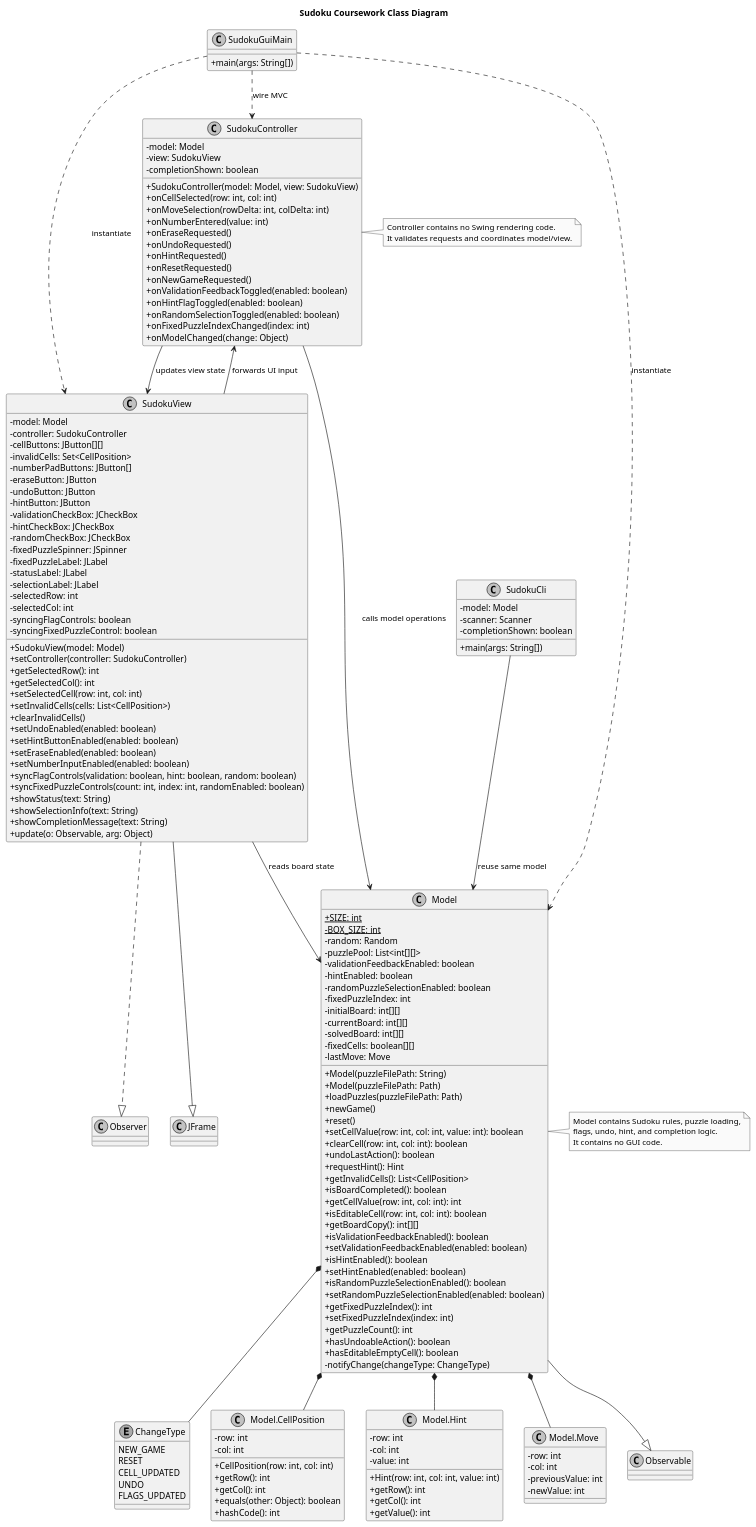
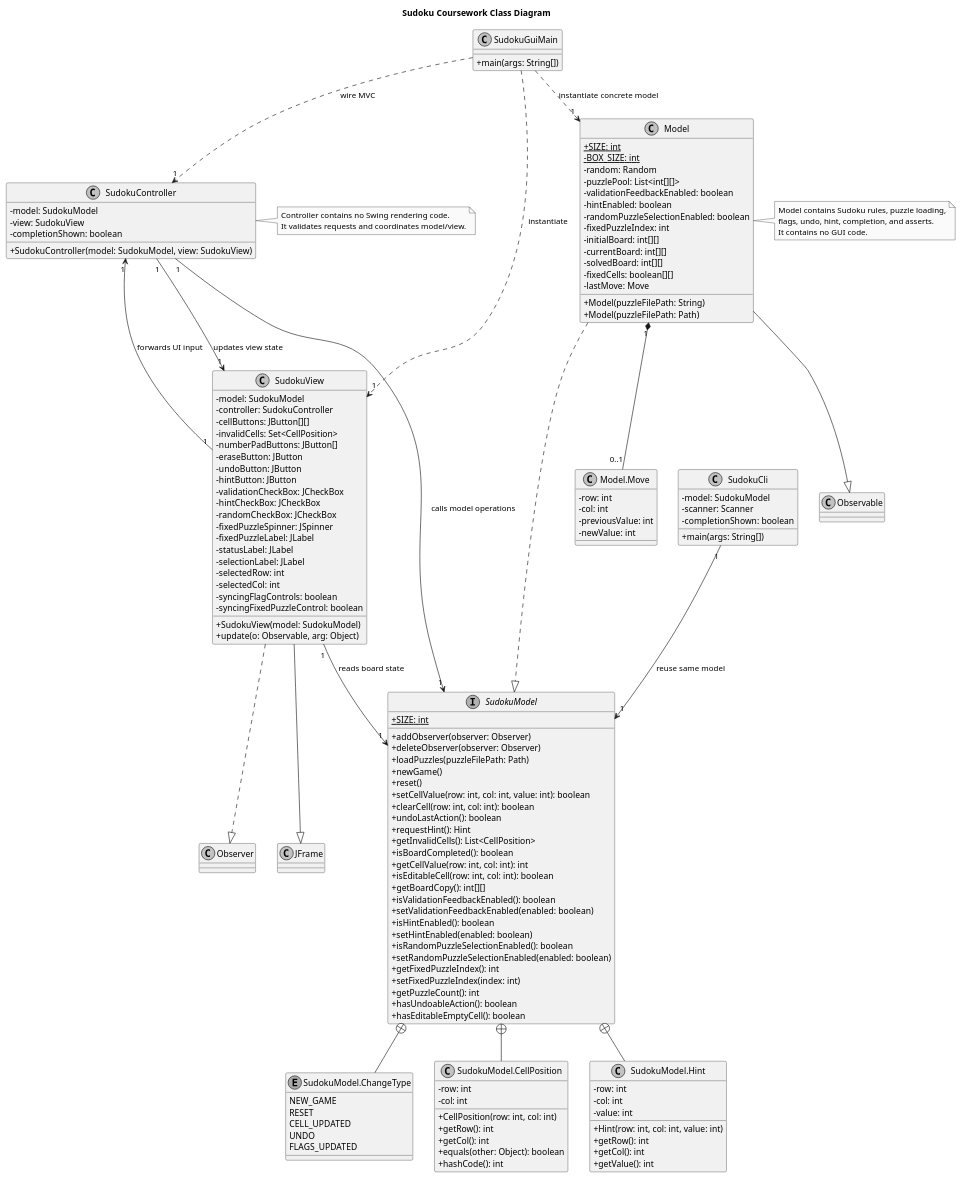
The diagram in docs/class-diagram.puml (Thunder777-t/AOOP-CW), drawn with PlantUML before and after one commit. The commit also changed 8 other files, not shown here.

Commit message:
Extract SudokuModel interface and add formal model contracts

```diff
--- a/docs/class-diagram.puml
+++ b/docs/class-diagram.puml
@@ -1,189 +1,167 @@
 @startuml
 skinparam classAttributeIconSize 0
 skinparam shadowing false
 skinparam monochrome true
 
 title Sudoku Coursework Class Diagram
 
-class Model {
+interface SudokuModel {
   +{static} SIZE: int
-  -{static} BOX_SIZE: int
-  -random: Random
-  -puzzlePool: List<int[][]>
-  -validationFeedbackEnabled: boolean
-  -hintEnabled: boolean
-  -randomPuzzleSelectionEnabled: boolean
-  -fixedPuzzleIndex: int
-  -initialBoard: int[][]
-  -currentBoard: int[][]
-  -solvedBoard: int[][]
-  -fixedCells: boolean[][]
-  -lastMove: Move
-  +Model(puzzleFilePath: String)
-  +Model(puzzleFilePath: Path)
+  +addObserver(observer: Observer)
+  +deleteObserver(observer: Observer)
   +loadPuzzles(puzzleFilePath: Path)
   +newGame()
   +reset()
   +setCellValue(row: int, col: int, value: int): boolean
   +clearCell(row: int, col: int): boolean
   +undoLastAction(): boolean
   +requestHint(): Hint
   +getInvalidCells(): List<CellPosition>
   +isBoardCompleted(): boolean
   +getCellValue(row: int, col: int): int
   +isEditableCell(row: int, col: int): boolean
   +getBoardCopy(): int[][]
   +isValidationFeedbackEnabled(): boolean
   +setValidationFeedbackEnabled(enabled: boolean)
   +isHintEnabled(): boolean
   +setHintEnabled(enabled: boolean)
   +isRandomPuzzleSelectionEnabled(): boolean
   +setRandomPuzzleSelectionEnabled(enabled: boolean)
   +getFixedPuzzleIndex(): int
   +setFixedPuzzleIndex(index: int)
   +getPuzzleCount(): int
   +hasUndoableAction(): boolean
   +hasEditableEmptyCell(): boolean
-  -notifyChange(changeType: ChangeType)
 }
 
-enum ChangeType {
+class Model {
+  +{static} SIZE: int
+  -{static} BOX_SIZE: int
+  -random: Random
+  -puzzlePool: List<int[][]>
+  -validationFeedbackEnabled: boolean
+  -hintEnabled: boolean
+  -randomPuzzleSelectionEnabled: boolean
+  -fixedPuzzleIndex: int
+  -initialBoard: int[][]
+  -currentBoard: int[][]
+  -solvedBoard: int[][]
+  -fixedCells: boolean[][]
+  -lastMove: Move
+  +Model(puzzleFilePath: String)
+  +Model(puzzleFilePath: Path)
+}
+
+enum "SudokuModel.ChangeType" as ChangeType {
   NEW_GAME
   RESET
   CELL_UPDATED
   UNDO
   FLAGS_UPDATED
 }
 
-class "Model.CellPosition" as CellPosition {
+class "SudokuModel.CellPosition" as CellPosition {
   -row: int
   -col: int
   +CellPosition(row: int, col: int)
   +getRow(): int
   +getCol(): int
   +equals(other: Object): boolean
   +hashCode(): int
 }
 
-class "Model.Hint" as Hint {
+class "SudokuModel.Hint" as Hint {
   -row: int
   -col: int
   -value: int
   +Hint(row: int, col: int, value: int)
   +getRow(): int
   +getCol(): int
   +getValue(): int
 }
 
 class "Model.Move" as Move {
   -row: int
   -col: int
   -previousValue: int
   -newValue: int
 }
 
 class SudokuController {
-  -model: Model
+  -model: SudokuModel
   -view: SudokuView
   -completionShown: boolean
-  +SudokuController(model: Model, view: SudokuView)
-  +onCellSelected(row: int, col: int)
-  +onMoveSelection(rowDelta: int, colDelta: int)
-  +onNumberEntered(value: int)
-  +onEraseRequested()
-  +onUndoRequested()
-  +onHintRequested()
-  +onResetRequested()
-  +onNewGameRequested()
-  +onValidationFeedbackToggled(enabled: boolean)
-  +onHintFlagToggled(enabled: boolean)
-  +onRandomSelectionToggled(enabled: boolean)
-  +onFixedPuzzleIndexChanged(index: int)
-  +onModelChanged(change: Object)
+  +SudokuController(model: SudokuModel, view: SudokuView)
 }
 
 class SudokuView {
-  -model: Model
+  -model: SudokuModel
   -controller: SudokuController
   -cellButtons: JButton[][]
   -invalidCells: Set<CellPosition>
   -numberPadButtons: JButton[]
   -eraseButton: JButton
   -undoButton: JButton
   -hintButton: JButton
   -validationCheckBox: JCheckBox
   -hintCheckBox: JCheckBox
   -randomCheckBox: JCheckBox
   -fixedPuzzleSpinner: JSpinner
   -fixedPuzzleLabel: JLabel
   -statusLabel: JLabel
   -selectionLabel: JLabel
   -selectedRow: int
   -selectedCol: int
   -syncingFlagControls: boolean
   -syncingFixedPuzzleControl: boolean
-  +SudokuView(model: Model)
-  +setController(controller: SudokuController)
-  +getSelectedRow(): int
-  +getSelectedCol(): int
-  +setSelectedCell(row: int, col: int)
-  +setInvalidCells(cells: List<CellPosition>)
-  +clearInvalidCells()
-  +setUndoEnabled(enabled: boolean)
-  +setHintButtonEnabled(enabled: boolean)
-  +setEraseEnabled(enabled: boolean)
-  +setNumberInputEnabled(enabled: boolean)
-  +syncFlagControls(validation: boolean, hint: boolean, random: boolean)
-  +syncFixedPuzzleControls(count: int, index: int, randomEnabled: boolean)
-  +showStatus(text: String)
-  +showSelectionInfo(text: String)
-  +showCompletionMessage(text: String)
+  +SudokuView(model: SudokuModel)
   +update(o: Observable, arg: Object)
 }
 
 class SudokuGuiMain {
   +main(args: String[])
 }
 
 class SudokuCli {
-  -model: Model
+  -model: SudokuModel
   -scanner: Scanner
   -completionShown: boolean
   +main(args: String[])
 }
 
 class Observable
 class Observer
 class JFrame
 
+Model ..|> SudokuModel
 Model --|> Observable
 SudokuView ..|> Observer
 SudokuView --|> JFrame
 
-Model *-- ChangeType
-Model *-- CellPosition
-Model *-- Hint
-Model *-- Move
+SudokuModel +-- ChangeType
+SudokuModel +-- CellPosition
+SudokuModel +-- Hint
+Model "1" *-- "0..1" Move
 
-SudokuController --> Model : calls model operations
-SudokuController --> SudokuView : updates view state
-SudokuView --> SudokuController : forwards UI input
-SudokuView --> Model : reads board state
+SudokuController "1" --> "1" SudokuModel : calls model operations
+SudokuController "1" --> "1" SudokuView : updates view state
+SudokuView "1" --> "1" SudokuController : forwards UI input
+SudokuView "1" --> "1" SudokuModel : reads board state
 
-SudokuGuiMain ..> Model : instantiate
-SudokuGuiMain ..> SudokuView : instantiate
-SudokuGuiMain ..> SudokuController : wire MVC
-SudokuCli --> Model : reuse same model
+SudokuGuiMain ..> "1" Model : instantiate concrete model
+SudokuGuiMain ..> "1" SudokuView : instantiate
+SudokuGuiMain ..> "1" SudokuController : wire MVC
+SudokuCli "1" --> "1" SudokuModel : reuse same model
 
 note right of SudokuController
   Controller contains no Swing rendering code.
   It validates requests and coordinates model/view.
 end note
 
 note right of Model
   Model contains Sudoku rules, puzzle loading,
-  flags, undo, hint, and completion logic.
+  flags, undo, hint, completion, and asserts.
   It contains no GUI code.
 end note
 
 @enduml
```
